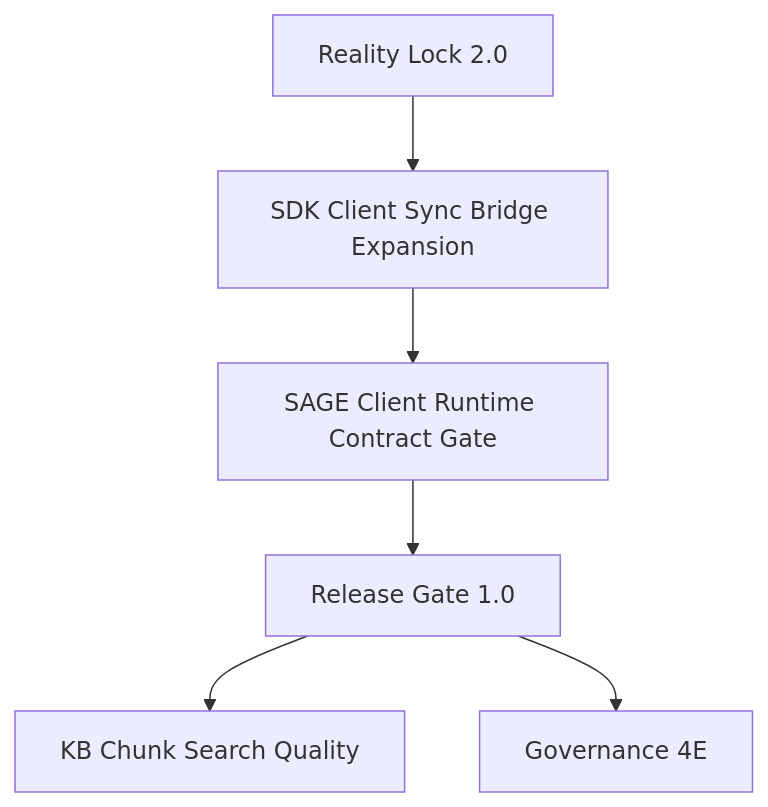
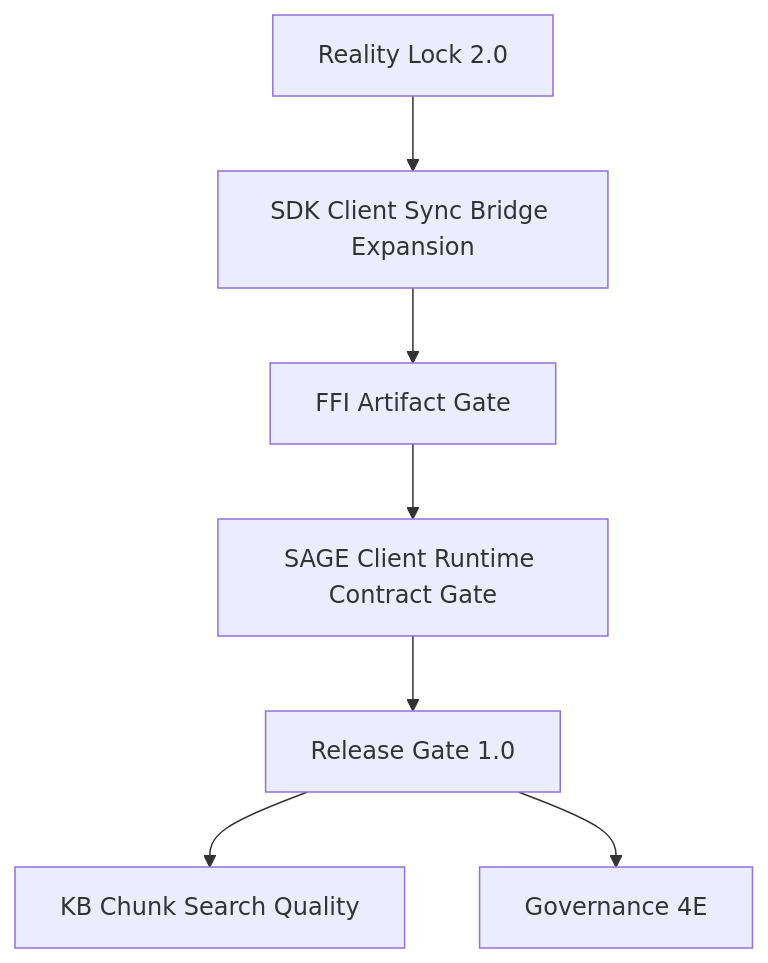
One commit to duanshiwen/agent-os-backend changed the diagram in docs/stage5a-client-ready-platform-slice.md. Above: the diagram before and after it, drawn with Mermaid. The commit also changed other lines of this file and 3 other files, not shown here.

First line of the commit message:
test: add ffi artifact gate

````diff
--- a/docs/stage5a-client-ready-platform-slice.md
+++ b/docs/stage5a-client-ready-platform-slice.md
@@ -163,8 +187,9 @@
 ```mermaid
 graph TD
     A[Reality Lock 2.0] --> B[SDK Client Sync Bridge Expansion]
-    B --> C[SAGE Client Runtime Contract Gate]
-    C --> D[Release Gate 1.0]
-    D --> E[KB Chunk Search Quality]
-    D --> F[Governance 4E]
+    B --> C[FFI Artifact Gate]
+    C --> D[SAGE Client Runtime Contract Gate]
+    D --> G[Release Gate 1.0]
+    G --> E[KB Chunk Search Quality]
+    G --> F[Governance 4E]
 ```
````
